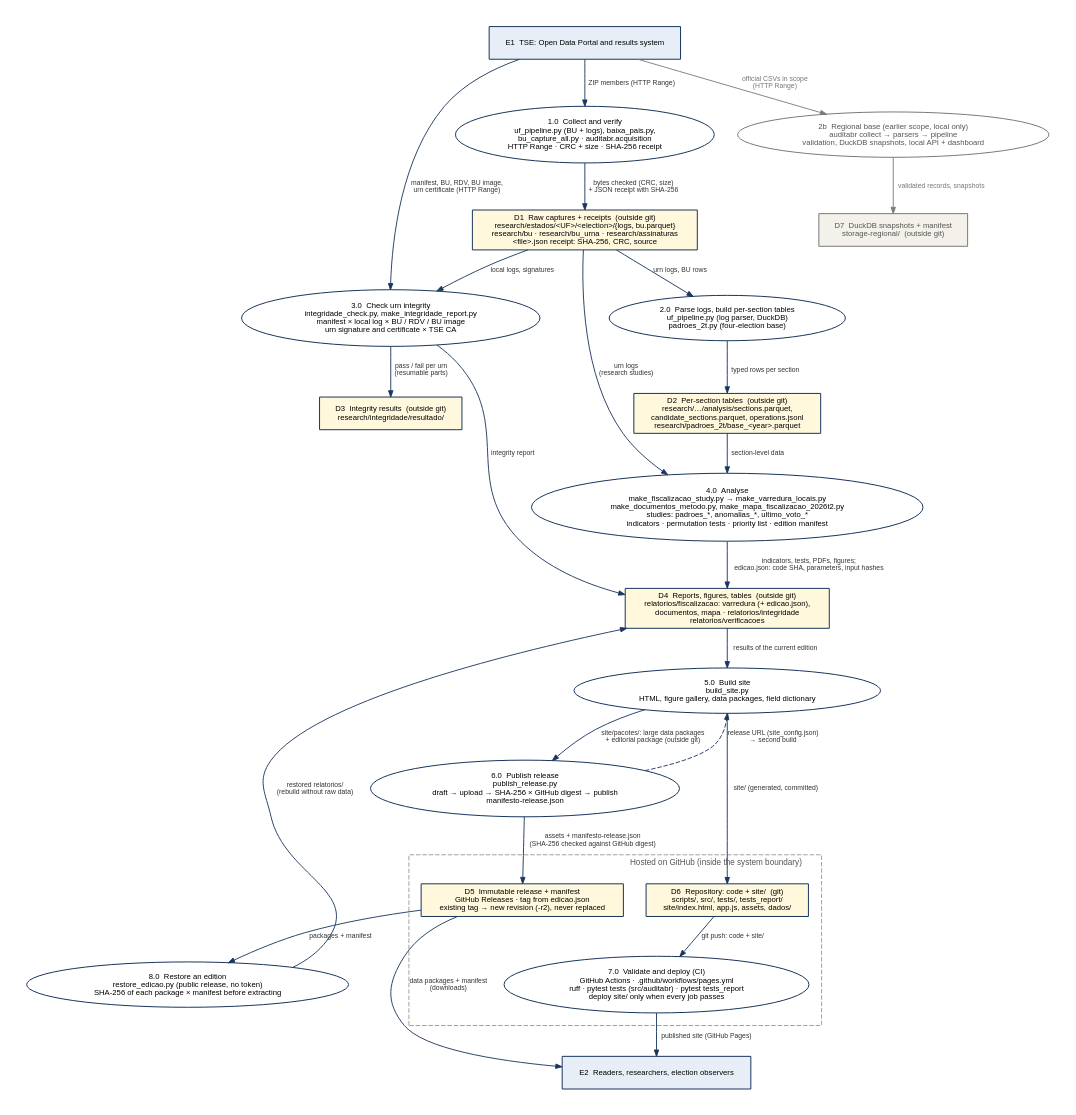
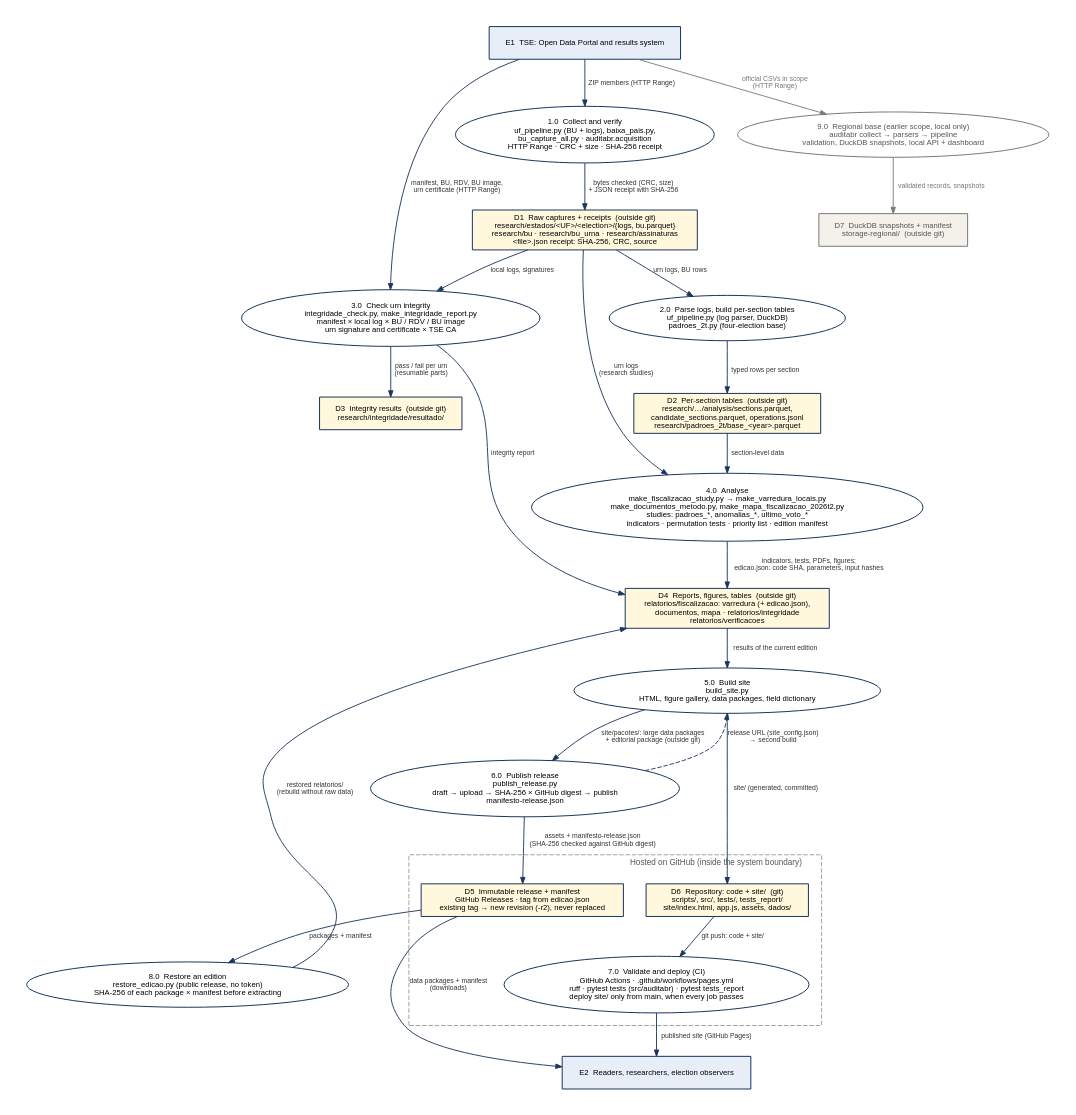
The diagram in docs/dfd/nivel1.dot (Leandro-VPN/observatorio-do-voto), drawn with Graphviz before and after one commit. The commit also changed 5 other files, not shown here.

First line of the commit message:
README aponta para o DFD; deploy só na main; processo 2b vira 9.0

```diff
--- a/docs/dfd/nivel1.dot
+++ b/docs/dfd/nivel1.dot
@@ -1,69 +1,69 @@
 // Observatório do Voto — DFD level 1 (processes and data stores). Render: python scripts/make_dfd.py
 // Processes = ellipses (real scripts named); stores = yellow boxes (real paths); external entities = blue boxes.
 digraph nivel1 {
   graph [fontname="Helvetica", fontsize=10, pad=0.3, nodesep=0.35, ranksep=0.5, bgcolor="white"]
   node  [fontname="Helvetica", fontsize=8.5, color="#1a365d", penwidth=1.1]
   edge  [fontname="Helvetica", fontsize=7.5, color="#1a365d", fontcolor="#333333", arrowsize=0.7]
 
   // ---- external entities
   E1 [shape=box, style="filled", fillcolor="#e8eef7", label="E1  TSE: Open Data Portal and results system"]
   E2 [shape=box, style="filled", fillcolor="#e8eef7", label="E2  Readers, researchers, election observers"]
 
   // ---- processes
   P1 [shape=ellipse, label="1.0  Collect and verify\nuf_pipeline.py (BU + logs), baixa_pais.py,\nbu_capture_all.py · auditabr.acquisition\nHTTP Range · CRC + size · SHA-256 receipt"]
   P2 [shape=ellipse, label="2.0  Parse logs, build per-section tables\nuf_pipeline.py (log parser, DuckDB)\npadroes_2t.py (four-election base)"]
   P3 [shape=ellipse, label="3.0  Check urn integrity\nintegridade_check.py, make_integridade_report.py\nmanifest × local log × BU / RDV / BU image\nurn signature and certificate × TSE CA"]
   P4 [shape=ellipse, label="4.0  Analyse\nmake_fiscalizacao_study.py → make_varredura_locais.py\nmake_documentos_metodo.py, make_mapa_fiscalizacao_2026t2.py\nstudies: padroes_*, anomalias_*, ultimo_voto_*\nindicators · permutation tests · priority list · edition manifest"]
   P5 [shape=ellipse, label="5.0  Build site\nbuild_site.py\nHTML, figure gallery, data packages, field dictionary"]
   P6 [shape=ellipse, label="6.0  Publish release\npublish_release.py\ndraft → upload → SHA-256 × GitHub digest → publish\nmanifesto-release.json"]
-  P7 [shape=ellipse, label="7.0  Validate and deploy (CI)\nGitHub Actions · .github/workflows/pages.yml\nruff · pytest tests (src/auditabr) · pytest tests_report\ndeploy site/ only when every job passes"]
+  P7 [shape=ellipse, label="7.0  Validate and deploy (CI)\nGitHub Actions · .github/workflows/pages.yml\nruff · pytest tests (src/auditabr) · pytest tests_report\ndeploy site/ only from main, when every job passes"]
   P8 [shape=ellipse, label="8.0  Restore an edition\nrestore_edicao.py (public release, no token)\nSHA-256 of each package × manifest before extracting"]
 
   // ---- earlier scope (regional base), kept because CI tests it
-  P2b [shape=ellipse, color="#7a7a7a", fontcolor="#555555", label="2b  Regional base (earlier scope, local only)\nauditabr collect → parsers → pipeline\nvalidation, DuckDB snapshots, local API + dashboard"]
+  P9 [shape=ellipse, color="#7a7a7a", fontcolor="#555555", label="9.0  Regional base (earlier scope, local only)\nauditabr collect → parsers → pipeline\nvalidation, DuckDB snapshots, local API + dashboard"]
   D7  [shape=box, style="filled", fillcolor="#f3f1e9", color="#7a7a7a", fontcolor="#555555", label="D7  DuckDB snapshots + manifest\nstorage-regional/  (outside git)"]
 
   // ---- data stores
   D1 [shape=box, style="filled", fillcolor="#fff8dc", label="D1  Raw captures + receipts  (outside git)\nresearch/estados/<UF>/<election>/{logs, bu.parquet}\nresearch/bu · research/bu_urna · research/assinaturas\n<file>.json receipt: SHA-256, CRC, source"]
   D2 [shape=box, style="filled", fillcolor="#fff8dc", label="D2  Per-section tables  (outside git)\nresearch/…/analysis/sections.parquet,\ncandidate_sections.parquet, operations.jsonl\nresearch/padroes_2t/base_<year>.parquet"]
   D3 [shape=box, style="filled", fillcolor="#fff8dc", label="D3  Integrity results  (outside git)\nresearch/integridade/resultado/"]
   D4 [shape=box, style="filled", fillcolor="#fff8dc", label="D4  Reports, figures, tables  (outside git)\nrelatorios/fiscalizacao: varredura (+ edicao.json),\ndocumentos, mapa · relatorios/integridade\nrelatorios/verificacoes"]
   D6 [shape=box, style="filled", fillcolor="#fff8dc", label="D6  Repository: code + site/  (git)\nscripts/, src/, tests/, tests_report/\nsite/index.html, app.js, assets, dados/"]
   D5 [shape=box, style="filled", fillcolor="#fff8dc", label="D5  Immutable release + manifest\nGitHub Releases · tag from edicao.json\nexisting tag → new revision (-r2), never replaced"]
 
   subgraph cluster_github {
     label="Hosted on GitHub (inside the system boundary)"; labeljust="r"; fontsize=9; fontcolor="#555555"; color="#999999"; style="dashed"; margin=14
     D6; D5; P7
   }
 
   // ---- main spine (heavier weight keeps it vertical)
   E1 -> P1  [label="ZIP members (HTTP Range)", weight=3]
   P1 -> D1  [label="bytes checked (CRC, size)\n+ JSON receipt with SHA-256", weight=3]
   D1 -> P2  [label="urn logs, BU rows", weight=3]
   P2 -> D2  [label="typed rows per section", weight=3]
   D2 -> P4  [label="section-level data", weight=3]
   P4 -> D4  [label="indicators, tests, PDFs, figures;\nedicao.json: code SHA, parameters, input hashes", weight=3]
   D4 -> P5  [label="results of the current edition", weight=3]
   P5 -> D6  [label="site/ (generated, committed)", weight=3]
   D6 -> P7  [label="git push: code + site/", weight=3]
   P7 -> E2  [label="published site (GitHub Pages)", weight=3]
 
   // ---- integrity branch
   D1 -> P3  [label="local logs, signatures"]
   E1 -> P3  [label="manifest, BU, RDV, BU image,\nurn certificate (HTTP Range)"]
   P3 -> D3  [label="pass / fail per urn\n(resumable parts)"]
   P3 -> D4  [label="integrity report"]
   D1 -> P4  [label="urn logs\n(research studies)"]
 
   // ---- release, restore
   P5 -> P6  [label="site/pacotes/: large data packages\n+ editorial package (outside git)"]
   P6 -> D5  [label="assets + manifesto-release.json\n(SHA-256 checked against GitHub digest)"]
   P6 -> P5  [label="release URL (site_config.json)\n→ second build", style=dashed, constraint=false]
   D5 -> P8  [label="packages + manifest"]
   P8 -> D4  [label="restored relatorios/\n(rebuild without raw data)", constraint=false]
   D5 -> E2  [label="data packages + manifest\n(downloads)"]
 
   // ---- earlier scope
-  E1  -> P2b [label="official CSVs in scope\n(HTTP Range)", color="#7a7a7a", fontcolor="#777777"]
-  P2b -> D7  [label="validated records, snapshots", color="#7a7a7a", fontcolor="#777777"]
+  E1 -> P9 [label="official CSVs in scope\n(HTTP Range)", color="#7a7a7a", fontcolor="#777777"]
+  P9 -> D7 [label="validated records, snapshots", color="#7a7a7a", fontcolor="#777777"]
 }
```
